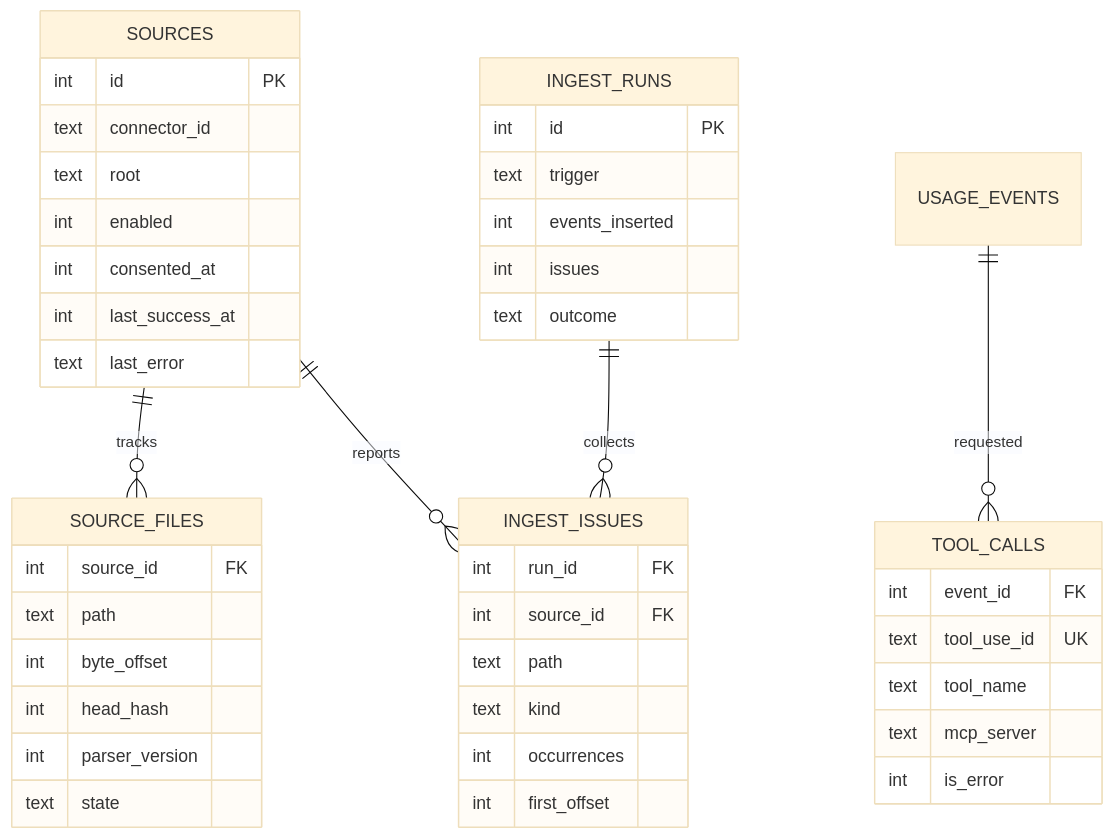
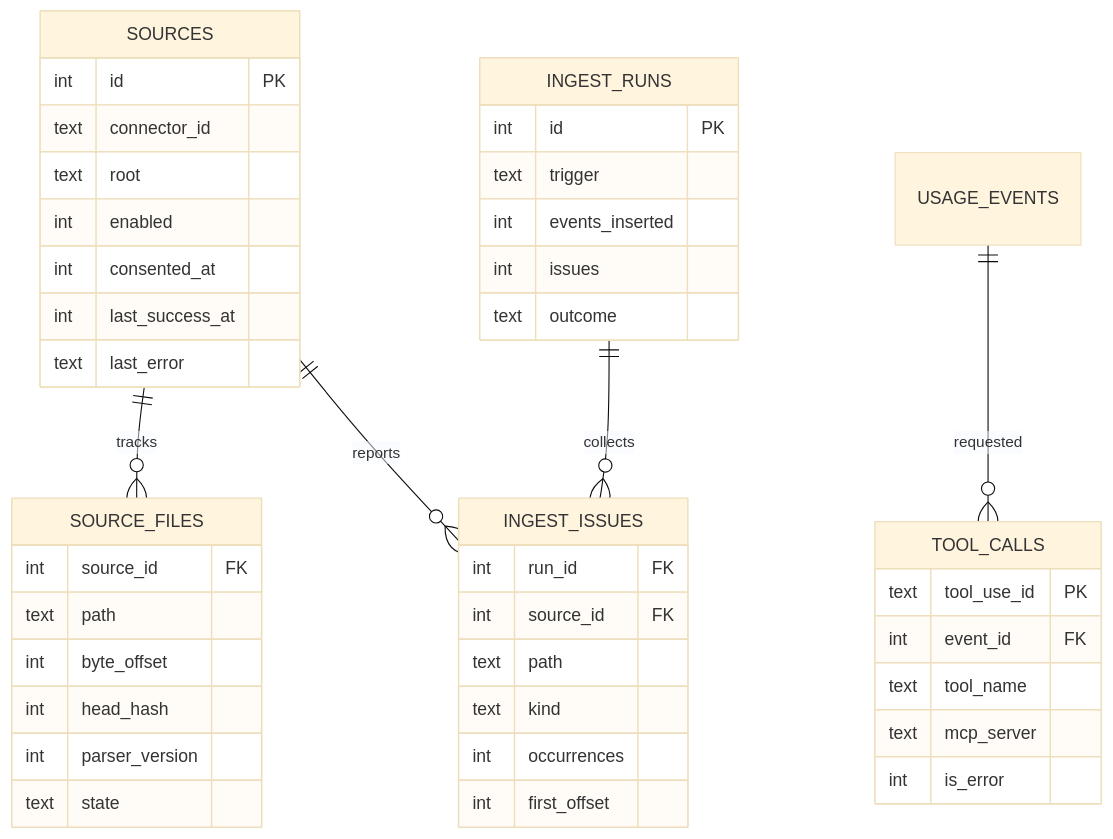
Before and after one commit to akanjb/VEYRA: diagram 13 of 19 in README.md, drawn with Mermaid (base theme). The commit also changed other lines of this file and 4 other files, not shown here.

````diff
--- a/README.md
+++ b/README.md
@@ -481,47 +481,47 @@
 ```mermaid
 erDiagram
   SOURCES ||--o{ SOURCE_FILES : "tracks"
   SOURCES ||--o{ INGEST_ISSUES : "reports"
   INGEST_RUNS ||--o{ INGEST_ISSUES : "collects"
   USAGE_EVENTS ||--o{ TOOL_CALLS : "requested"
 
   SOURCES {
     int id PK
     text connector_id
     text root
     int enabled
     int consented_at
     int last_success_at
     text last_error
   }
   SOURCE_FILES {
     int source_id FK
     text path
     int byte_offset
     int head_hash
     int parser_version
     text state
   }
   INGEST_RUNS {
     int id PK
     text trigger
     int events_inserted
     int issues
     text outcome
   }
   INGEST_ISSUES {
     int run_id FK
     int source_id FK
     text path
     text kind
     int occurrences
     int first_offset
   }
   TOOL_CALLS {
+    text tool_use_id PK
     int event_id FK
-    text tool_use_id UK
     text tool_name
     text mcp_server
     int is_error
   }
 ```
````
